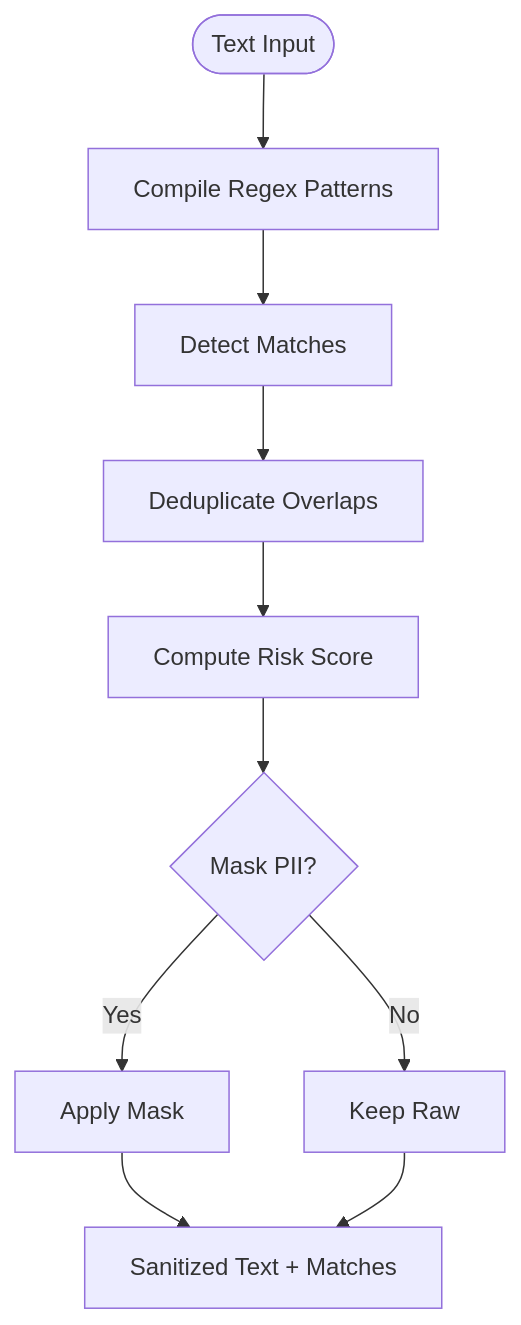
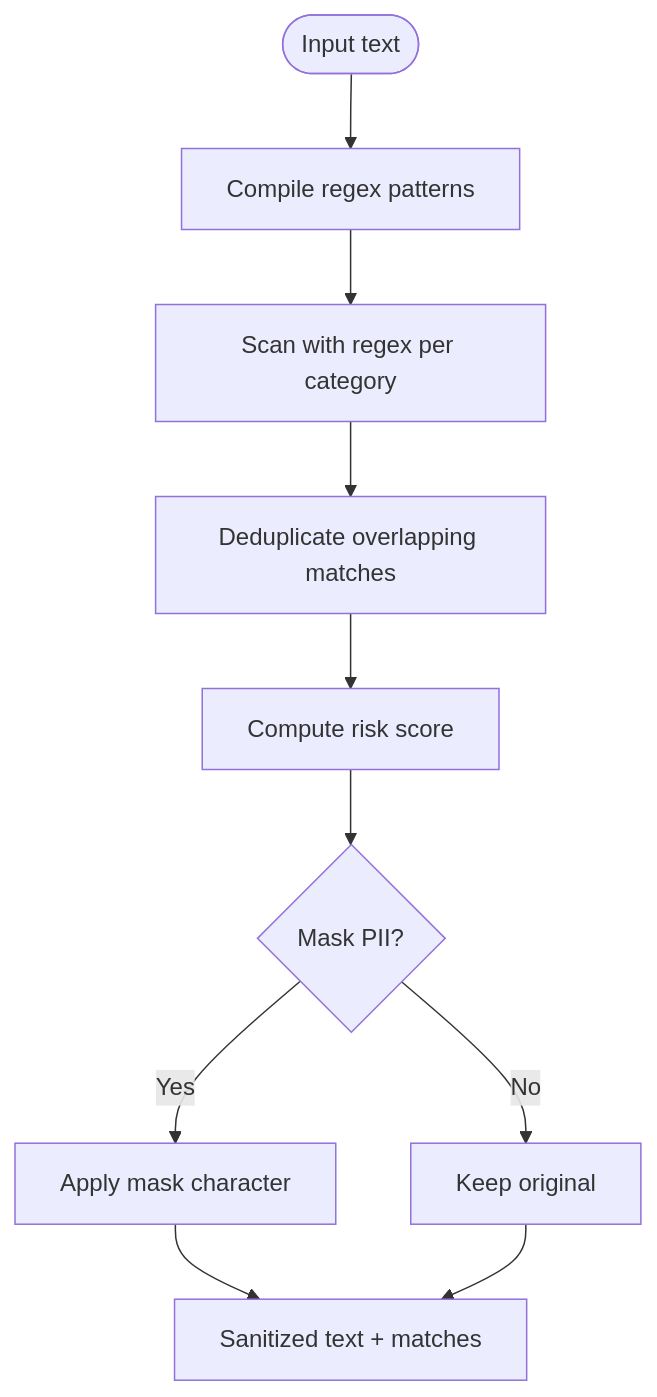
Before and after one commit to Hamulda/hledac-universal: the third of 14 diagrams in .qoder/repowiki/en/content/Security and Privacy/Security and Privacy.md, drawn with Mermaid. The commit also changed other lines of this file and 236 other files, not shown here.

````diff
--- a/.qoder/repowiki/en/content/Security and Privacy/Security and Privacy.md
+++ b/.qoder/repowiki/en/content/Security and Privacy/Security and Privacy.md
@@ -233,12 +175,12 @@
 ```mermaid
 flowchart TD
-Start(["Text Input"]) --> Compile["Compile Regex Patterns"]
-Compile --> Detect["Detect Matches"]
-Detect --> Dedup["Deduplicate Overlaps"]
-Dedup --> Risk["Compute Risk Score"]
+Start(["Input text"]) --> Compile["Compile regex patterns"]
+Compile --> Scan["Scan with regex per category"]
+Scan --> Dedup["Deduplicate overlapping matches"]
+Dedup --> Risk["Compute risk score"]
 Risk --> Mask{"Mask PII?"}
-Mask --> |Yes| ApplyMask["Apply Mask"]
-Mask --> |No| KeepRaw["Keep Raw"]
-ApplyMask --> Output["Sanitized Text + Matches"]
+Mask --> |Yes| ApplyMask["Apply mask character"]
+Mask --> |No| KeepRaw["Keep original"]
+ApplyMask --> Output["Sanitized text + matches"]
 KeepRaw --> Output
 ```
````
